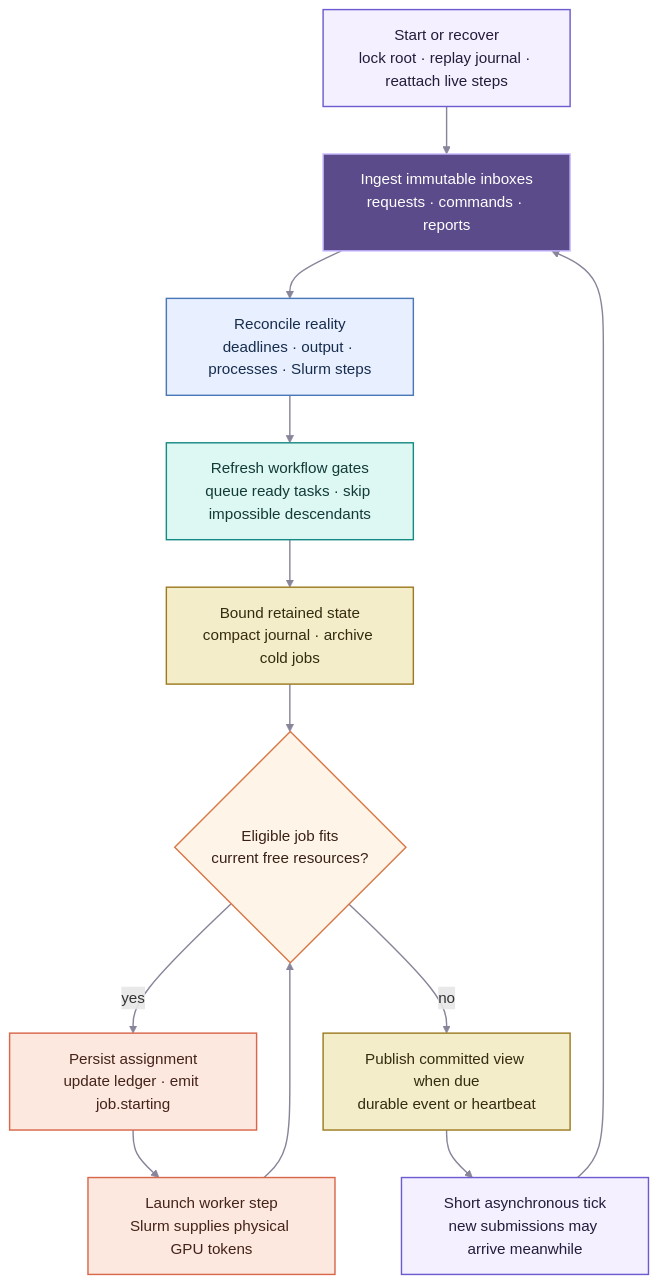
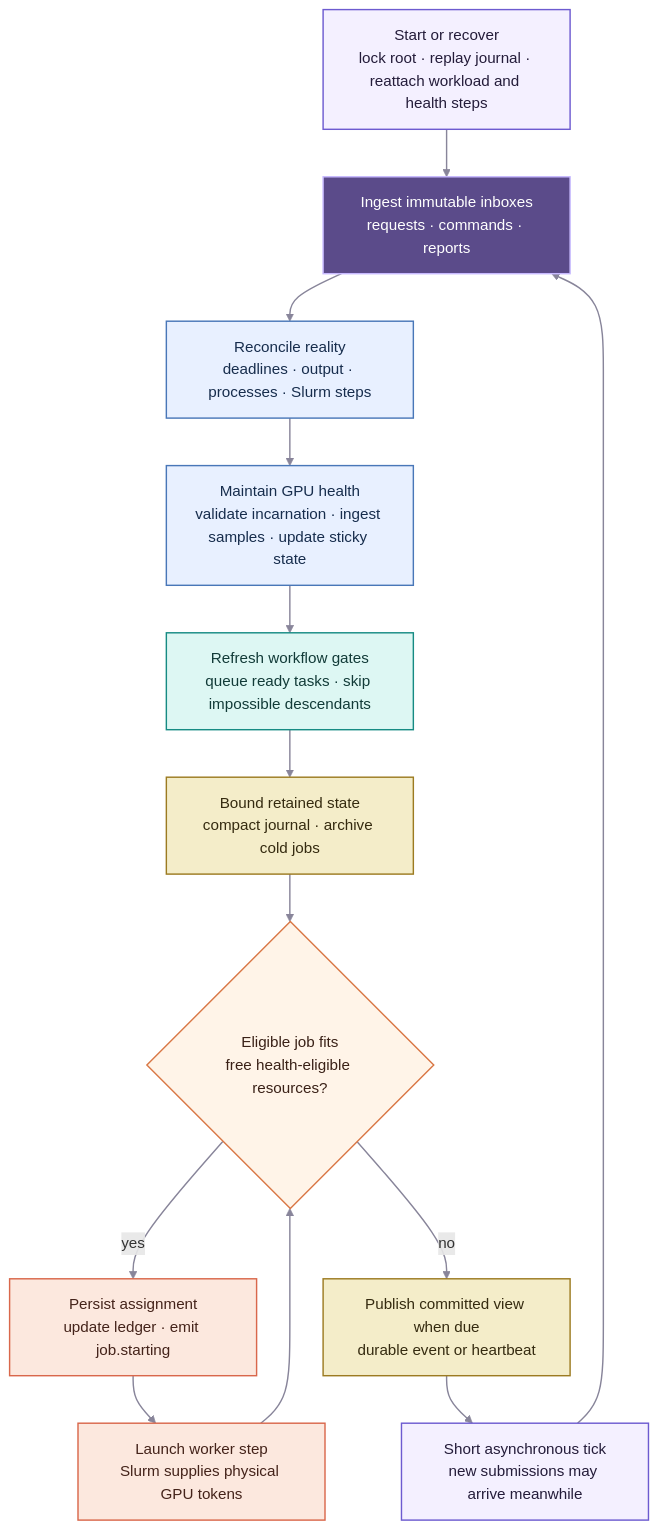
Before and after one commit to jamaliki/scruffy: the second of 2 diagrams in README.md, drawn with Mermaid. The commit also changed other lines of this file and 35 other files, not shown here.

Commit message:
Add GPU health management and Python 3.10 support

````diff
--- a/README.md
+++ b/README.md
@@ -73,45 +81,48 @@
 ```mermaid
 flowchart TB
     recover["Start or recover
-lock root · replay journal · reattach live steps"]
+lock root · replay journal · reattach workload and health steps"]
     ingest["Ingest immutable inboxes
 requests · commands · reports"]
     reconcile["Reconcile reality
 deadlines · output · processes · Slurm steps"]
+    health["Maintain GPU health
+validate incarnation · ingest samples · update sticky state"]
     dependencies["Refresh workflow gates
 queue ready tasks · skip impossible descendants"]
     maintain["Bound retained state
 compact journal · archive cold jobs"]
     fit{"Eligible job fits
-current free resources?"}
+free health-eligible resources?"}
     reserve["Persist assignment
 update ledger · emit job.starting"]
     launch["Launch worker step
 Slurm supplies physical GPU tokens"]
     commit["Publish committed view when due
 durable event or heartbeat"]
     wait["Short asynchronous tick
 new submissions may arrive meanwhile"]
 
-    recover --> ingest --> reconcile --> dependencies --> maintain --> fit
+    recover --> ingest --> reconcile --> health --> dependencies --> maintain --> fit
     fit -->|yes| reserve --> launch --> fit
     fit -->|no| commit --> wait --> ingest
 
     classDef recovery fill:#F4F0FF,stroke:#6D5BD0,color:#241C3A,stroke-width:1.5px;
     classDef core fill:#5B4B8A,stroke:#C7B9FF,color:#FFFFFF,stroke-width:1.5px;
     classDef reconcileNode fill:#E8F0FF,stroke:#4977B8,color:#172D4D,stroke-width:1.5px;
     classDef workflow fill:#DDF7F3,stroke:#168B83,color:#123B38,stroke-width:1.5px;
     classDef choice fill:#FFF4E8,stroke:#D97745,color:#3A2117,stroke-width:1.5px;
     classDef launchNode fill:#FCE8DE,stroke:#D9674B,color:#44231A,stroke-width:1.5px;
     classDef storage fill:#F4EDC9,stroke:#9C7B21,color:#352B10,stroke-width:1.5px;
 
     class recover recovery;
     class ingest core;
     class reconcile reconcileNode;
+    class health reconcileNode;
     class dependencies workflow;
     class maintain,commit storage;
     class fit choice;
     class reserve,launch launchNode;
     class wait recovery;
     linkStyle default stroke:#88859A,stroke-width:1.5px;
 ```
````
